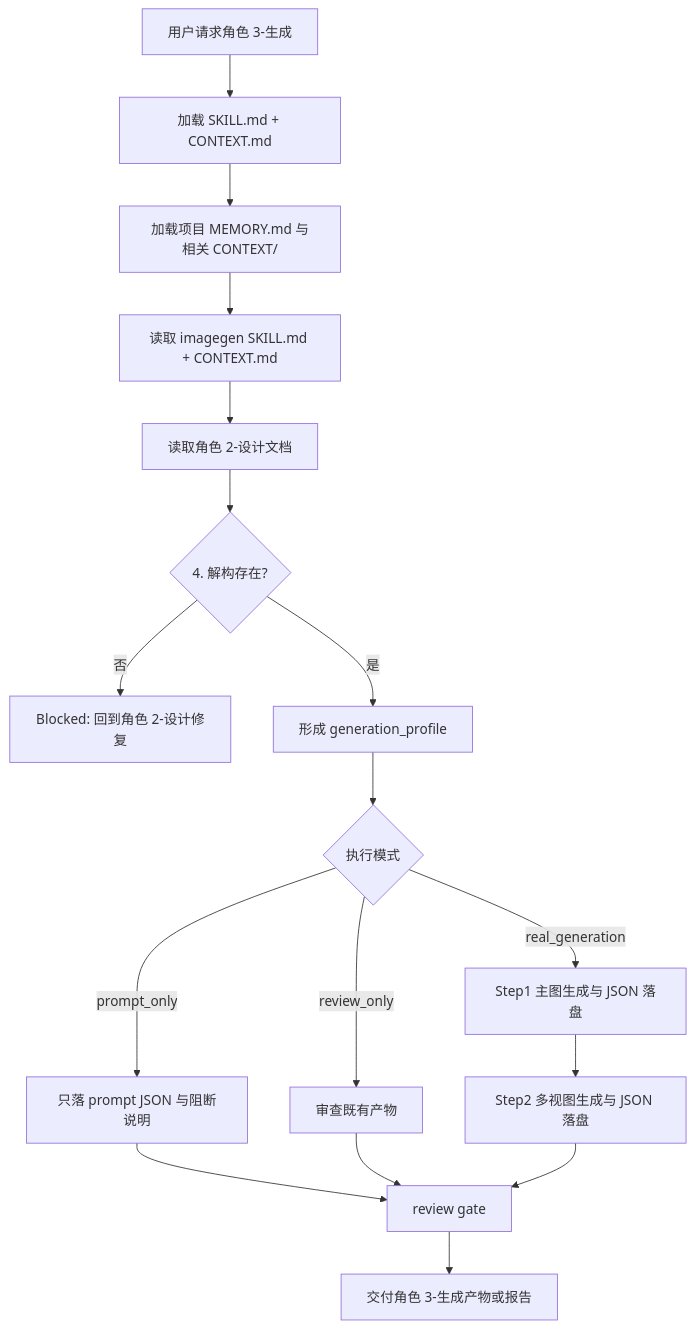
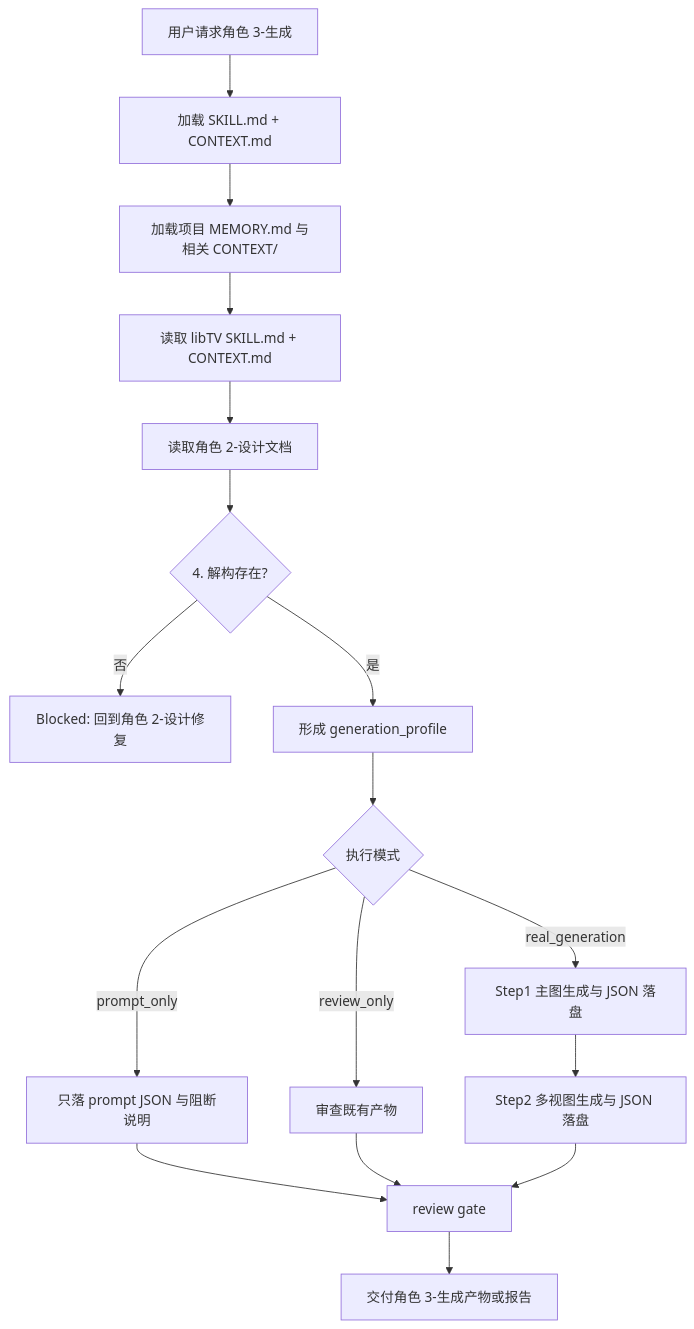
The first of 3 diagrams in .agents/skills/aigc/3-主体/角色/3-生成/SKILL.md (ZEN-VOID/AI-CUT), drawn with Mermaid before and after one commit. The commit also changed other lines of this file and 439 other files, not shown here.

````diff
--- a/.agents/skills/aigc/3-主体/角色/3-生成/SKILL.md
+++ b/.agents/skills/aigc/3-主体/角色/3-生成/SKILL.md
@@ -93,19 +106,19 @@
 ```mermaid
 flowchart TD
     A["用户请求角色 3-生成"] --> B["加载 SKILL.md + CONTEXT.md"]
     B --> C["加载项目 MEMORY.md 与相关 CONTEXT/"]
-    C --> D["读取 imagegen SKILL.md + CONTEXT.md"]
+    C --> D["读取 libTV SKILL.md + CONTEXT.md"]
     D --> E["读取角色 2-设计文档"]
     E --> F{"4. 解构存在?"}
     F -->|"否"| G["Blocked: 回到角色 2-设计修复"]
     F -->|"是"| H["形成 generation_profile"]
     H --> I{"执行模式"}
     I -->|"real_generation"| J["Step1 主图生成与 JSON 落盘"]
     I -->|"prompt_only"| K["只落 prompt JSON 与阻断说明"]
     I -->|"review_only"| L["审查既有产物"]
     J --> M["Step2 多视图生成与 JSON 落盘"]
     K --> N["review gate"]
     L --> N
     M --> N
     N --> O["交付角色 3-生成产物或报告"]
 ```
````
